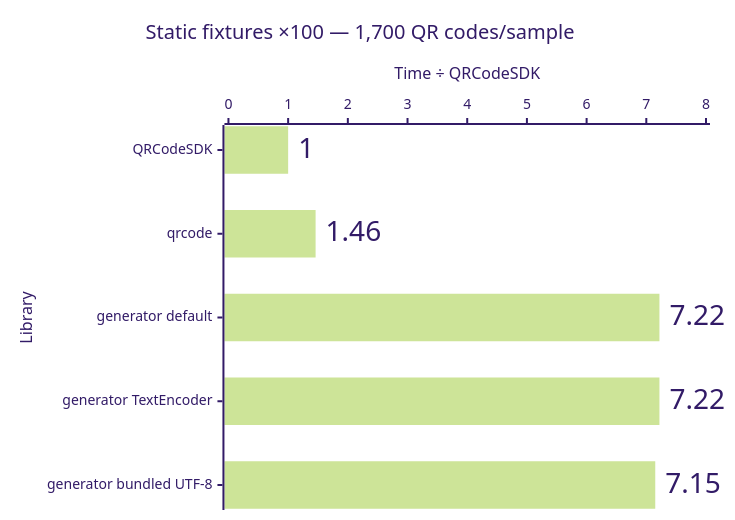
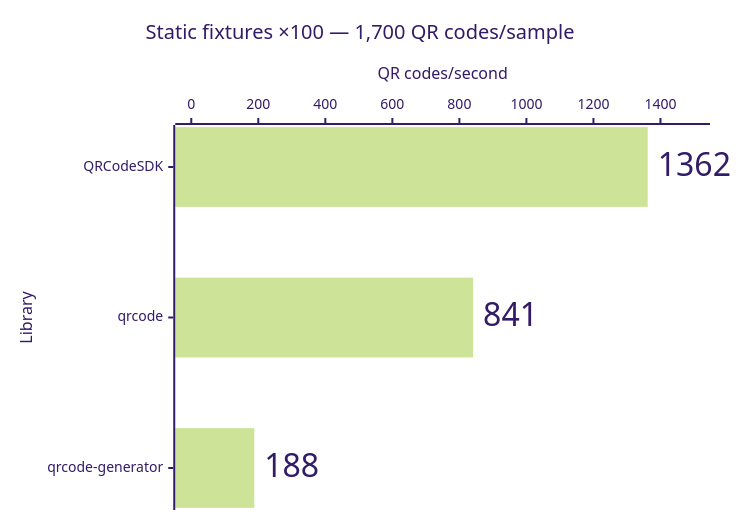
The seventh of 14 diagrams in apps/docs/src/content/docs/learn/performance.md (Dafnik/qrcodesdk), drawn with Mermaid (forest theme) before and after one commit. The commit also changed other lines of this file and 21 other files, not shown here.

````diff
--- a/apps/docs/src/content/docs/learn/performance.md
+++ b/apps/docs/src/content/docs/learn/performance.md
@@ -152,15 +147,15 @@
 ```mermaid
 ---
 config:
   xyChart:
     showDataLabel: true
     showDataLabelOutsideBar: true
 ---
 xychart horizontal
   accTitle: Automatic matrix generation: Static fixtures ×100 — 1,700 QR codes/sample
-  accDescr: Relative median time compared with QRCodeSDK. QRCodeSDK 1.00 times, qrcode 1.46 times, generator default 7.22 times, generator TextEncoder 7.22 times, generator bundled UTF-8 7.15 times. Lower is better.
+  accDescr: Throughput calculated from median time. QRCodeSDK 1,362 QR codes per second, qrcode 841 QR codes per second, qrcode-generator 188 QR codes per second. Higher is better.
   title "Static fixtures ×100 — 1,700 QR codes/sample"
-  x-axis "Library" ["QRCodeSDK", "qrcode", "generator default", "generator TextEncoder", "generator bundled UTF-8"]
-  y-axis "Time ÷ QRCodeSDK" 0 --> 8.0
-  bar [1.00, 1.46, 7.22, 7.22, 7.15]
+  x-axis "Library" ["QRCodeSDK", "qrcode", "qrcode-generator"]
+  y-axis "QR codes/second" 0 --> 1500
+  bar [1362, 841, 188]
 ```
````
